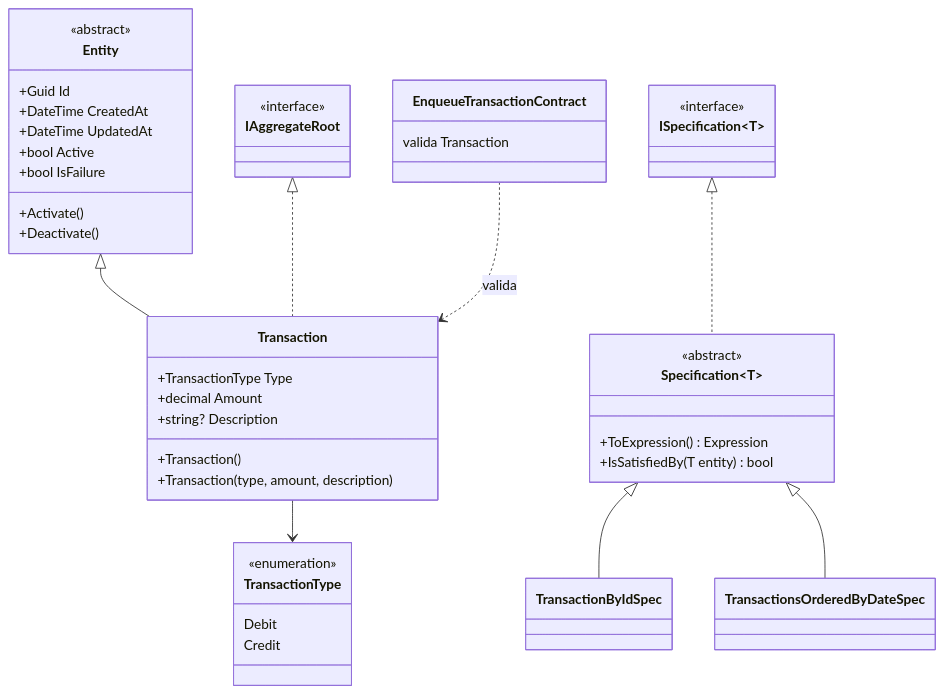
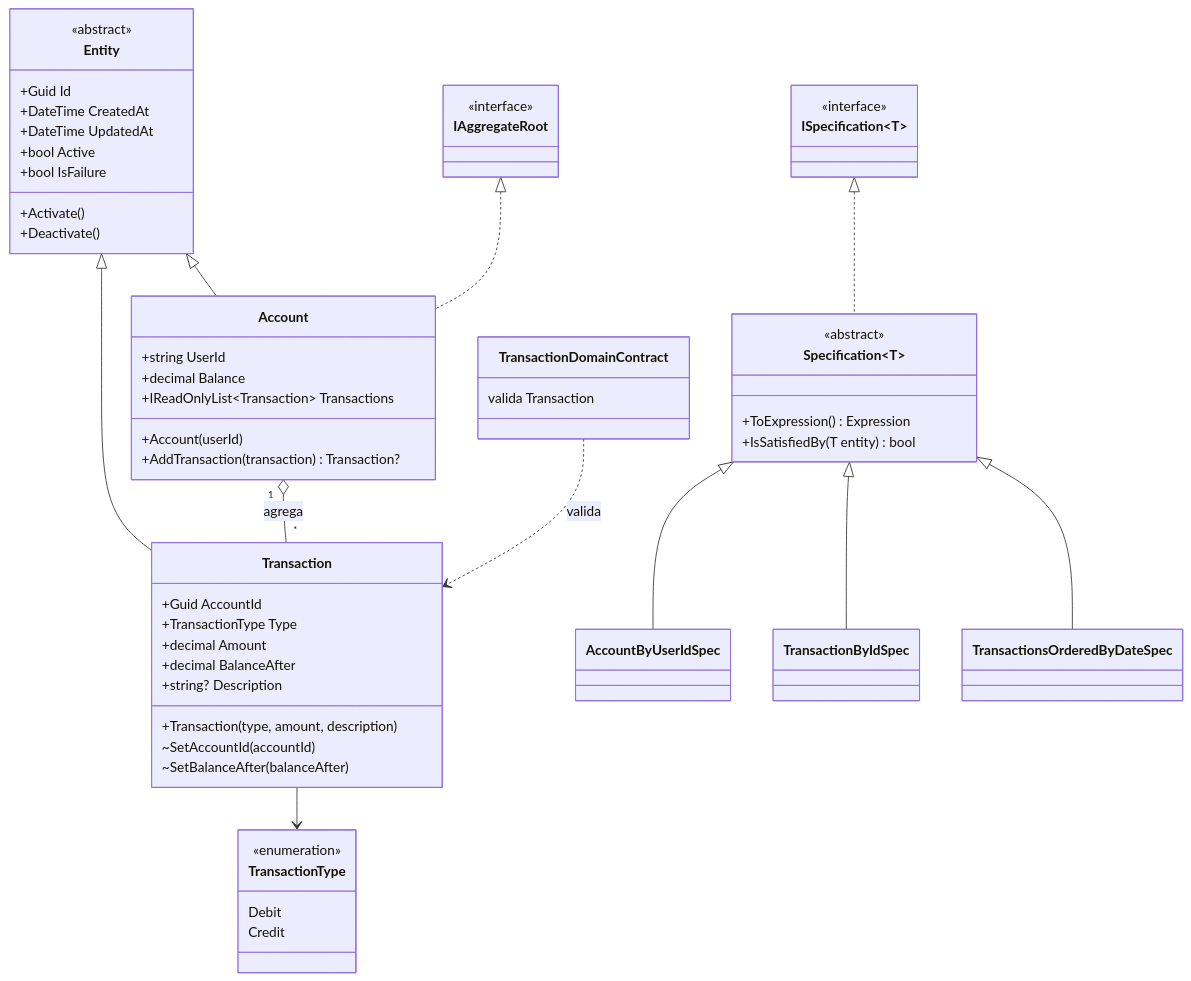
One commit to filipececcon/arch-challenge changed the first of 3 diagrams in docs/architecture/cashflow/layer-03-domain.md. Above: the diagram before and after it, drawn with Mermaid. The commit also changed other lines of this file and 38 other files, not shown here.

First line of the commit message:
Refactor Cashflow architecture docs for account aggregate and unified outbox

````diff
--- a/docs/architecture/cashflow/layer-03-domain.md
+++ b/docs/architecture/cashflow/layer-03-domain.md
@@ -41,59 +45,76 @@
 ```mermaid
 classDiagram
     class Entity {
         <<abstract>>
         +Guid Id
         +DateTime CreatedAt
         +DateTime UpdatedAt
         +bool Active
         +bool IsFailure
         +Activate()
         +Deactivate()
     }
 
     class IAggregateRoot {
         <<interface>>
     }
 
+    class Account {
+        +string UserId
+        +decimal Balance
+        +IReadOnlyList~Transaction~ Transactions
+        +Account(userId)
+        +AddTransaction(transaction) Transaction?
+    }
+
     class Transaction {
+        +Guid AccountId
         +TransactionType Type
         +decimal Amount
+        +decimal BalanceAfter
         +string? Description
-        +Transaction()
         +Transaction(type, amount, description)
+        ~SetAccountId(accountId)
+        ~SetBalanceAfter(balanceAfter)
     }
 
     class TransactionType {
         <<enumeration>>
         Debit
         Credit
     }
 
-    class EnqueueTransactionContract {
+    class TransactionDomainContract {
         valida Transaction
     }
 
     class Specification~T~ {
         <<abstract>>
         +ToExpression() Expression
         +IsSatisfiedBy(T entity) bool
     }
 
     class ISpecification~T~ {
         <<interface>>
     }
 
+    class AccountByUserIdSpec {
+    }
+
     class TransactionByIdSpec {
     }
 
     class TransactionsOrderedByDateSpec {
     }
 
+    Entity <|-- Account
     Entity <|-- Transaction
-    IAggregateRoot <|.. Transaction
+    IAggregateRoot <|.. Account
+    Account "1" o-- "*" Transaction : agrega
     Transaction --> TransactionType
-    EnqueueTransactionContract ..> Transaction : valida
+    TransactionDomainContract ..> Transaction : valida
     ISpecification~T~ <|.. Specification~T~
+    Specification~Account~ <|-- AccountByUserIdSpec
     Specification~Transaction~ <|-- TransactionByIdSpec
     Specification~Transaction~ <|-- TransactionsOrderedByDateSpec
 ```
````
